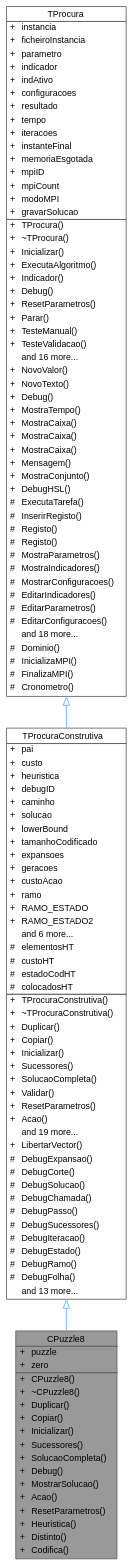
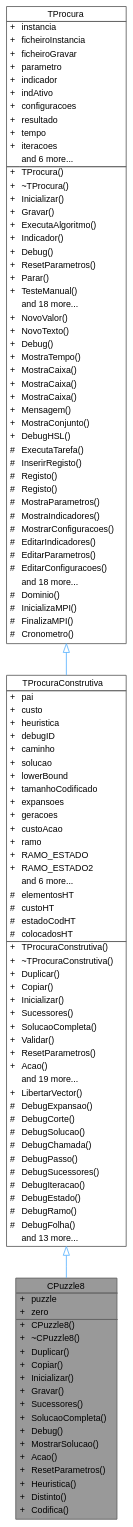
One commit to jcoelho72/TProcura changed the diagram in classCPuzzle8__inherit__graph.dot. Above: the diagram before and after it, drawn with Graphviz. The commit also changed 335 other files, not shown here.

```diff
--- a/classCPuzzle8__inherit__graph.dot
+++ b/classCPuzzle8__inherit__graph.dot
@@ -14,6 +14,7 @@
 <TR><TD VALIGN="top" CELLPADDING="1" CELLSPACING="0">+</TD><TD VALIGN="top" ALIGN="LEFT" CELLPADDING="1" CELLSPACING="0">Duplicar()<BR ALIGN="LEFT"/></TD></TR>
 <TR><TD VALIGN="top" CELLPADDING="1" CELLSPACING="0">+</TD><TD VALIGN="top" ALIGN="LEFT" CELLPADDING="1" CELLSPACING="0">Copiar()<BR ALIGN="LEFT"/></TD></TR>
 <TR><TD VALIGN="top" CELLPADDING="1" CELLSPACING="0">+</TD><TD VALIGN="top" ALIGN="LEFT" CELLPADDING="1" CELLSPACING="0">Inicializar()<BR ALIGN="LEFT"/></TD></TR>
+<TR><TD VALIGN="top" CELLPADDING="1" CELLSPACING="0">+</TD><TD VALIGN="top" ALIGN="LEFT" CELLPADDING="1" CELLSPACING="0">Gravar()<BR ALIGN="LEFT"/></TD></TR>
 <TR><TD VALIGN="top" CELLPADDING="1" CELLSPACING="0">+</TD><TD VALIGN="top" ALIGN="LEFT" CELLPADDING="1" CELLSPACING="0">Sucessores()<BR ALIGN="LEFT"/></TD></TR>
 <TR><TD VALIGN="top" CELLPADDING="1" CELLSPACING="0">+</TD><TD VALIGN="top" ALIGN="LEFT" CELLPADDING="1" CELLSPACING="0">SolucaoCompleta()<BR ALIGN="LEFT"/></TD></TR>
 <TR><TD VALIGN="top" CELLPADDING="1" CELLSPACING="0">+</TD><TD VALIGN="top" ALIGN="LEFT" CELLPADDING="1" CELLSPACING="0">Debug()<BR ALIGN="LEFT"/></TD></TR>
@@ -78,6 +79,7 @@
 <HR/>
 <TR><TD VALIGN="top" CELLPADDING="1" CELLSPACING="0">+</TD><TD VALIGN="top" ALIGN="LEFT" CELLPADDING="1" CELLSPACING="0">instancia<BR ALIGN="LEFT"/></TD></TR>
 <TR><TD VALIGN="top" CELLPADDING="1" CELLSPACING="0">+</TD><TD VALIGN="top" ALIGN="LEFT" CELLPADDING="1" CELLSPACING="0">ficheiroInstancia<BR ALIGN="LEFT"/></TD></TR>
+<TR><TD VALIGN="top" CELLPADDING="1" CELLSPACING="0">+</TD><TD VALIGN="top" ALIGN="LEFT" CELLPADDING="1" CELLSPACING="0">ficheiroGravar<BR ALIGN="LEFT"/></TD></TR>
 <TR><TD VALIGN="top" CELLPADDING="1" CELLSPACING="0">+</TD><TD VALIGN="top" ALIGN="LEFT" CELLPADDING="1" CELLSPACING="0">parametro<BR ALIGN="LEFT"/></TD></TR>
 <TR><TD VALIGN="top" CELLPADDING="1" CELLSPACING="0">+</TD><TD VALIGN="top" ALIGN="LEFT" CELLPADDING="1" CELLSPACING="0">indicador<BR ALIGN="LEFT"/></TD></TR>
 <TR><TD VALIGN="top" CELLPADDING="1" CELLSPACING="0">+</TD><TD VALIGN="top" ALIGN="LEFT" CELLPADDING="1" CELLSPACING="0">indAtivo<BR ALIGN="LEFT"/></TD></TR>
@@ -85,24 +87,19 @@
 <TR><TD VALIGN="top" CELLPADDING="1" CELLSPACING="0">+</TD><TD VALIGN="top" ALIGN="LEFT" CELLPADDING="1" CELLSPACING="0">resultado<BR ALIGN="LEFT"/></TD></TR>
 <TR><TD VALIGN="top" CELLPADDING="1" CELLSPACING="0">+</TD><TD VALIGN="top" ALIGN="LEFT" CELLPADDING="1" CELLSPACING="0">tempo<BR ALIGN="LEFT"/></TD></TR>
 <TR><TD VALIGN="top" CELLPADDING="1" CELLSPACING="0">+</TD><TD VALIGN="top" ALIGN="LEFT" CELLPADDING="1" CELLSPACING="0">iteracoes<BR ALIGN="LEFT"/></TD></TR>
-<TR><TD VALIGN="top" CELLPADDING="1" CELLSPACING="0">+</TD><TD VALIGN="top" ALIGN="LEFT" CELLPADDING="1" CELLSPACING="0">instanteFinal<BR ALIGN="LEFT"/></TD></TR>
-<TR><TD VALIGN="top" CELLPADDING="1" CELLSPACING="0">+</TD><TD VALIGN="top" ALIGN="LEFT" CELLPADDING="1" CELLSPACING="0">memoriaEsgotada<BR ALIGN="LEFT"/></TD></TR>
-<TR><TD VALIGN="top" CELLPADDING="1" CELLSPACING="0">+</TD><TD VALIGN="top" ALIGN="LEFT" CELLPADDING="1" CELLSPACING="0">mpiID<BR ALIGN="LEFT"/></TD></TR>
-<TR><TD VALIGN="top" CELLPADDING="1" CELLSPACING="0">+</TD><TD VALIGN="top" ALIGN="LEFT" CELLPADDING="1" CELLSPACING="0">mpiCount<BR ALIGN="LEFT"/></TD></TR>
-<TR><TD VALIGN="top" CELLPADDING="1" CELLSPACING="0">+</TD><TD VALIGN="top" ALIGN="LEFT" CELLPADDING="1" CELLSPACING="0">modoMPI<BR ALIGN="LEFT"/></TD></TR>
-<TR><TD VALIGN="top" CELLPADDING="1" CELLSPACING="0">+</TD><TD VALIGN="top" ALIGN="LEFT" CELLPADDING="1" CELLSPACING="0">gravarSolucao<BR ALIGN="LEFT"/></TD></TR>
+<TR><TD VALIGN="top" CELLPADDING="1" CELLSPACING="0"></TD><TD VALIGN="top" ALIGN="LEFT" CELLPADDING="1" CELLSPACING="0">and 6 more...</TD></TR>
 <HR/>
 <TR><TD VALIGN="top" CELLPADDING="1" CELLSPACING="0">+</TD><TD VALIGN="top" ALIGN="LEFT" CELLPADDING="1" CELLSPACING="0">TProcura()<BR ALIGN="LEFT"/></TD></TR>
 <TR><TD VALIGN="top" CELLPADDING="1" CELLSPACING="0">+</TD><TD VALIGN="top" ALIGN="LEFT" CELLPADDING="1" CELLSPACING="0">~TProcura()<BR ALIGN="LEFT"/></TD></TR>
 <TR><TD VALIGN="top" CELLPADDING="1" CELLSPACING="0">+</TD><TD VALIGN="top" ALIGN="LEFT" CELLPADDING="1" CELLSPACING="0">Inicializar()<BR ALIGN="LEFT"/></TD></TR>
+<TR><TD VALIGN="top" CELLPADDING="1" CELLSPACING="0">+</TD><TD VALIGN="top" ALIGN="LEFT" CELLPADDING="1" CELLSPACING="0">Gravar()<BR ALIGN="LEFT"/></TD></TR>
 <TR><TD VALIGN="top" CELLPADDING="1" CELLSPACING="0">+</TD><TD VALIGN="top" ALIGN="LEFT" CELLPADDING="1" CELLSPACING="0">ExecutaAlgoritmo()<BR ALIGN="LEFT"/></TD></TR>
 <TR><TD VALIGN="top" CELLPADDING="1" CELLSPACING="0">+</TD><TD VALIGN="top" ALIGN="LEFT" CELLPADDING="1" CELLSPACING="0">Indicador()<BR ALIGN="LEFT"/></TD></TR>
 <TR><TD VALIGN="top" CELLPADDING="1" CELLSPACING="0">+</TD><TD VALIGN="top" ALIGN="LEFT" CELLPADDING="1" CELLSPACING="0">Debug()<BR ALIGN="LEFT"/></TD></TR>
 <TR><TD VALIGN="top" CELLPADDING="1" CELLSPACING="0">+</TD><TD VALIGN="top" ALIGN="LEFT" CELLPADDING="1" CELLSPACING="0">ResetParametros()<BR ALIGN="LEFT"/></TD></TR>
 <TR><TD VALIGN="top" CELLPADDING="1" CELLSPACING="0">+</TD><TD VALIGN="top" ALIGN="LEFT" CELLPADDING="1" CELLSPACING="0">Parar()<BR ALIGN="LEFT"/></TD></TR>
 <TR><TD VALIGN="top" CELLPADDING="1" CELLSPACING="0">+</TD><TD VALIGN="top" ALIGN="LEFT" CELLPADDING="1" CELLSPACING="0">TesteManual()<BR ALIGN="LEFT"/></TD></TR>
-<TR><TD VALIGN="top" CELLPADDING="1" CELLSPACING="0">+</TD><TD VALIGN="top" ALIGN="LEFT" CELLPADDING="1" CELLSPACING="0">TesteValidacao()<BR ALIGN="LEFT"/></TD></TR>
-<TR><TD VALIGN="top" CELLPADDING="1" CELLSPACING="0"></TD><TD VALIGN="top" ALIGN="LEFT" CELLPADDING="1" CELLSPACING="0">and 16 more...</TD></TR>
+<TR><TD VALIGN="top" CELLPADDING="1" CELLSPACING="0"></TD><TD VALIGN="top" ALIGN="LEFT" CELLPADDING="1" CELLSPACING="0">and 18 more...</TD></TR>
 <TR><TD VALIGN="top" CELLPADDING="1" CELLSPACING="0">+</TD><TD VALIGN="top" ALIGN="LEFT" CELLPADDING="1" CELLSPACING="0">NovoValor()<BR ALIGN="LEFT"/></TD></TR>
 <TR><TD VALIGN="top" CELLPADDING="1" CELLSPACING="0">+</TD><TD VALIGN="top" ALIGN="LEFT" CELLPADDING="1" CELLSPACING="0">NovoTexto()<BR ALIGN="LEFT"/></TD></TR>
 <TR><TD VALIGN="top" CELLPADDING="1" CELLSPACING="0">+</TD><TD VALIGN="top" ALIGN="LEFT" CELLPADDING="1" CELLSPACING="0">Debug()<BR ALIGN="LEFT"/></TD></TR>
```
